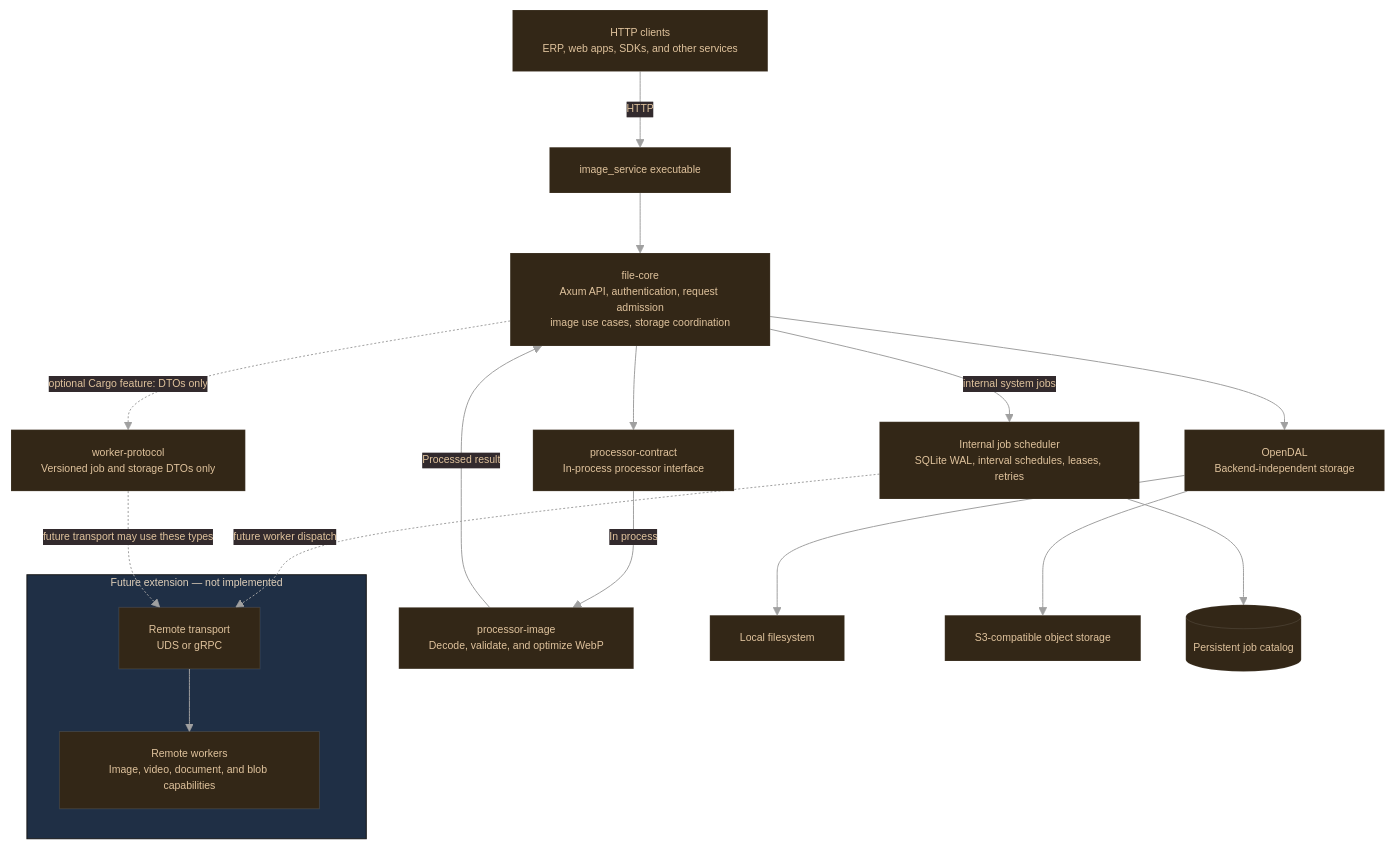
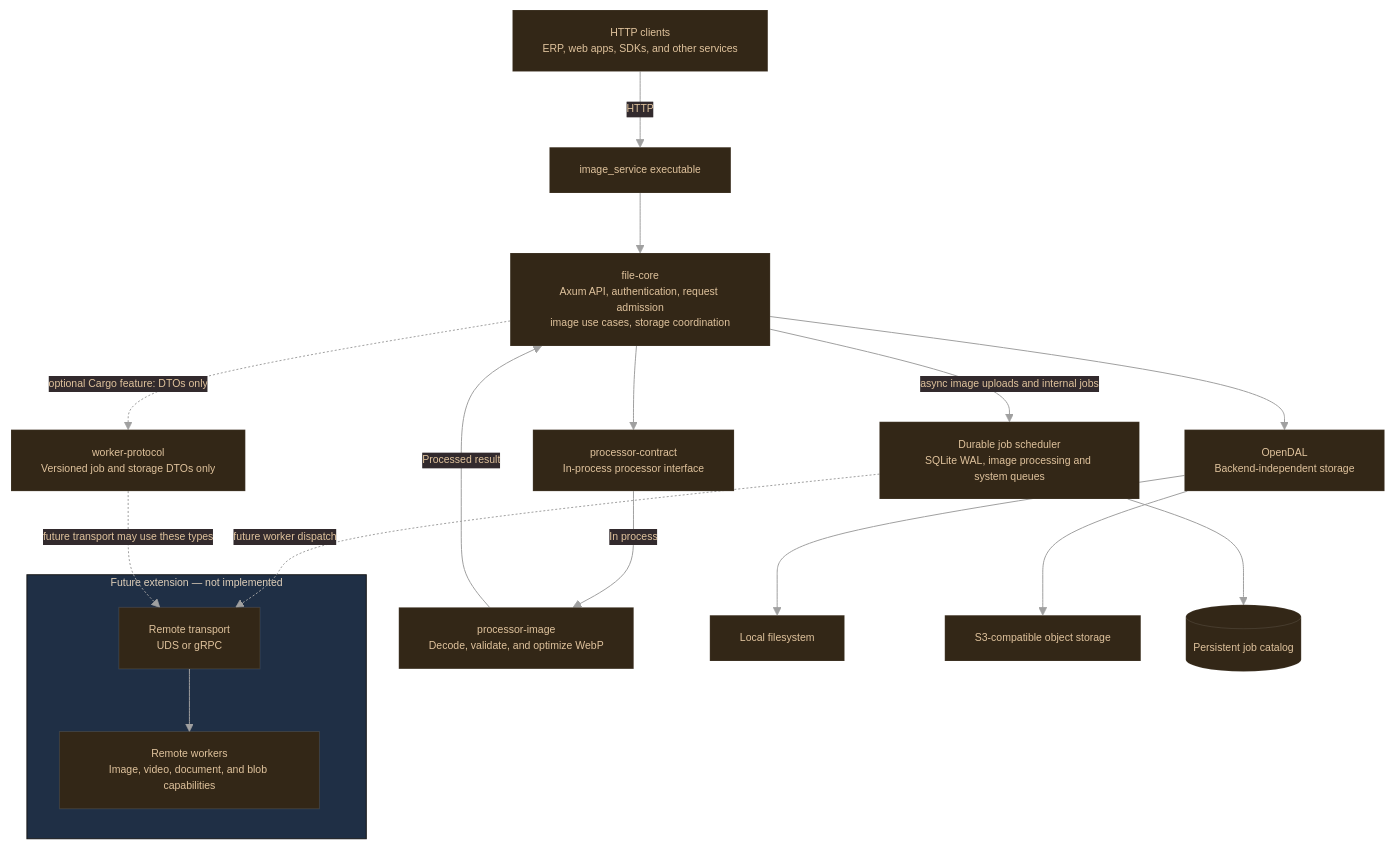
One commit to agusquartz/image_service changed the second of 2 diagrams in README.md. Above: the diagram before and after it, drawn with Mermaid. The commit also changed other lines of this file and 5 other files, not shown here.

```diff
--- a/README.md
+++ b/README.md
@@ -325,7 +325,7 @@
     LOCAL[Local filesystem]
     S3[S3-compatible object storage]
     PROTOCOL[worker-protocol<br/>Versioned job and storage DTOs only]
-    SCHEDULER[Internal job scheduler<br/>SQLite WAL, interval schedules, leases, retries]
+    SCHEDULER[Durable job scheduler<br/>SQLite WAL, image processing and system queues]
     JOBDB[(Persistent job catalog)]
 
     subgraph FUTURE["Future extension — not implemented"]
@@ -340,7 +340,7 @@
     CORE --> STORAGE
     STORAGE --> LOCAL
     STORAGE --> S3
-    CORE -->|internal system jobs| SCHEDULER --> JOBDB
+    CORE -->|async image uploads and internal jobs| SCHEDULER --> JOBDB
     CORE -. "optional Cargo feature: DTOs only" .-> PROTOCOL
     SCHEDULER -. "future worker dispatch" .-> REMOTE
     PROTOCOL -. "future transport may use these types" .-> REMOTE
```
